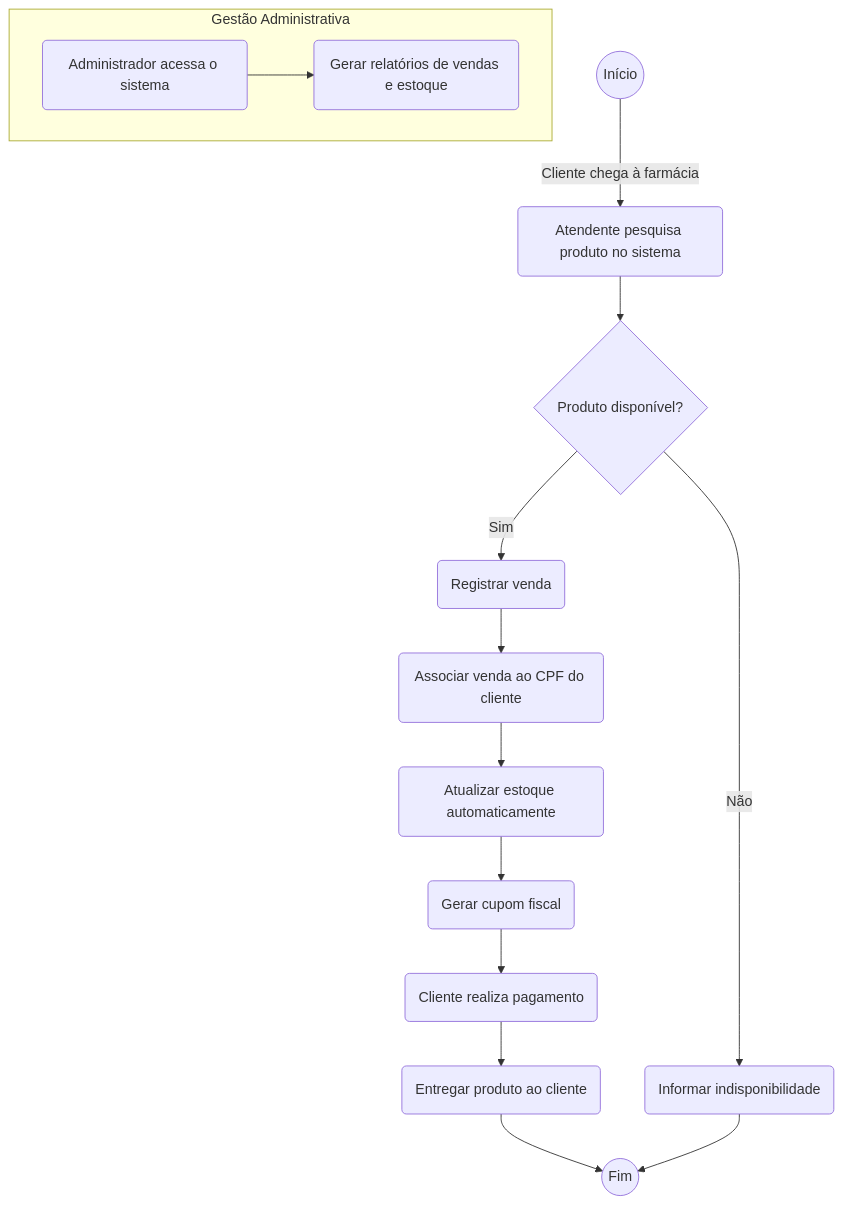
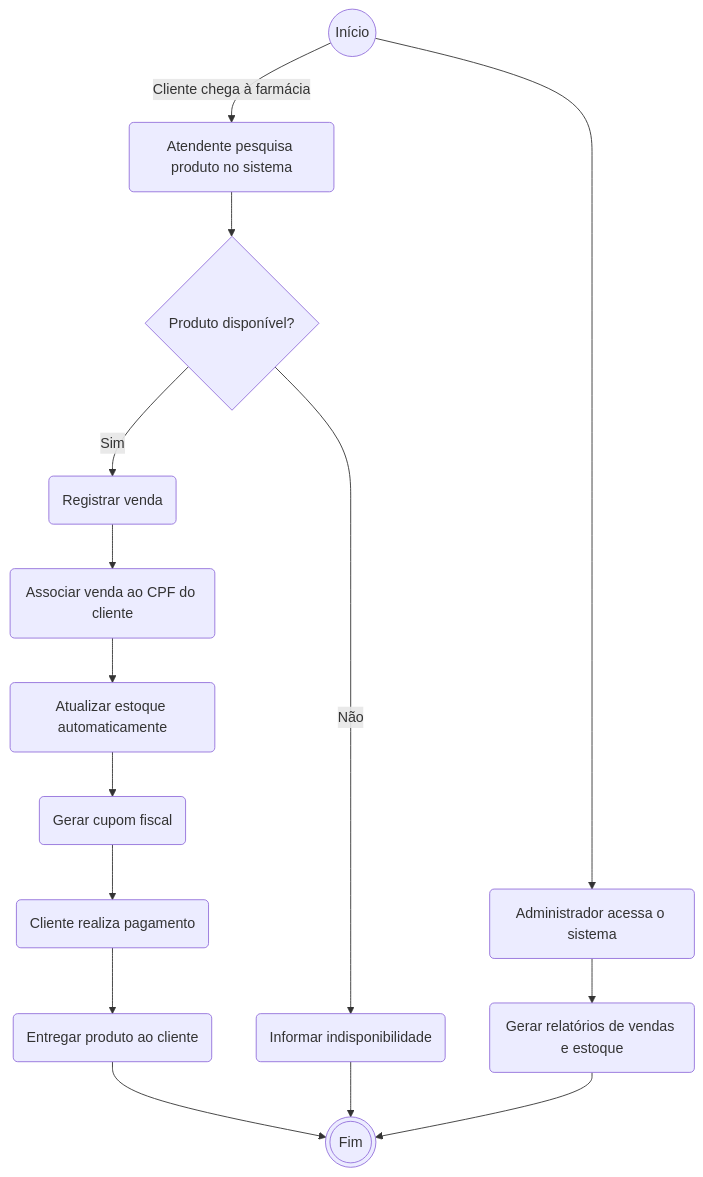
The diagram in docs/index.md (Enssoo/UML-Classroom-FCI), drawn with Mermaid before and after one commit.

````diff
--- a/docs/index.md
+++ b/docs/index.md
@@ -48,19 +48,20 @@
 ```mermaid
 graph TD
     A((Início)) -->|Cliente chega à farmácia| B(Atendente pesquisa produto no sistema)
     B --> C{Produto disponível?}
     C -->|Sim| D(Registrar venda)
     D --> E(Associar venda ao CPF do cliente)
     E --> F(Atualizar estoque automaticamente)
     F --> G(Gerar cupom fiscal)
     G --> H(Cliente realiza pagamento)
     H --> I(Entregar produto ao cliente)
-    I --> J((Fim))
+    I --> J(((Fim)))
 
     C -->|Não| K(Informar indisponibilidade)
     K --> J
 
-    subgraph Gestão Administrativa
-        L(Administrador acessa o sistema) --> M(Gerar relatórios de vendas e estoque)
-    end
+    A --> L(Administrador acessa o sistema)
+    L --> M(Gerar relatórios de vendas e estoque)
+    M --> J
+
 ```
````
